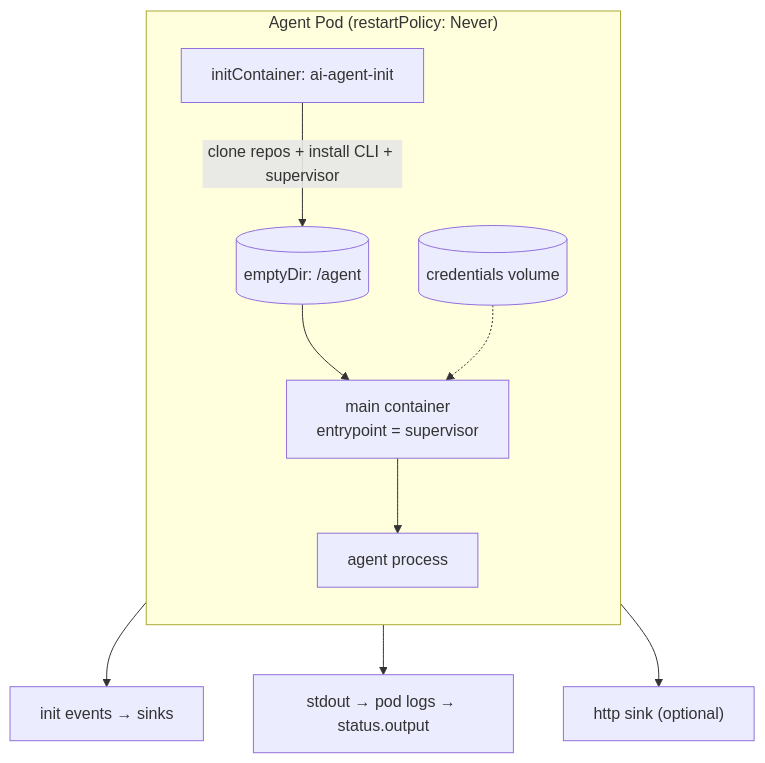
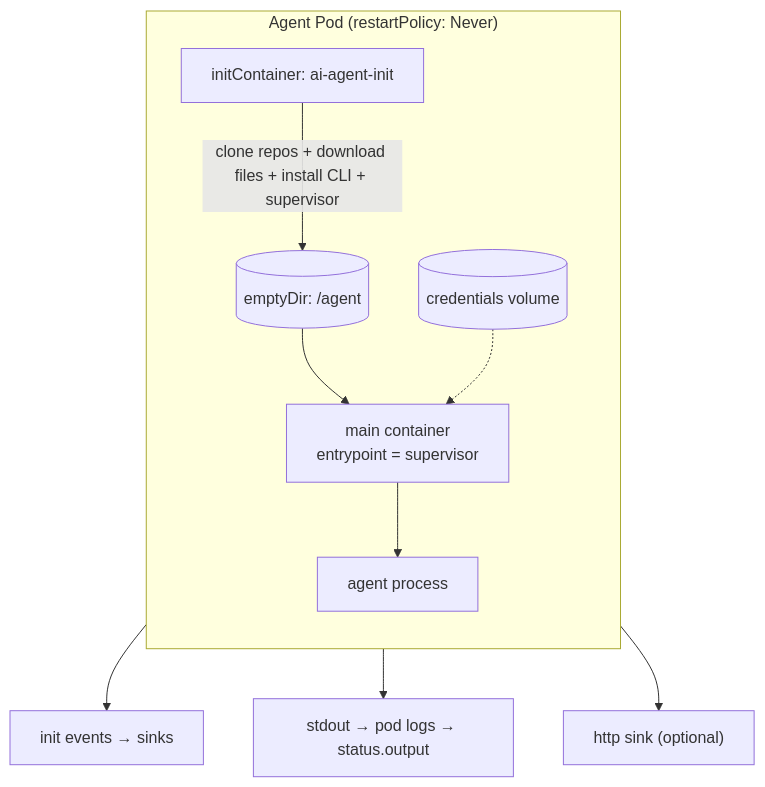
Before and after one commit to re-cinq/ai-agent-subsystem: the diagram in website/src/content/docs/concepts/agent-runtime.md, drawn with Mermaid. The commit also changed other lines of this file and 27 other files, not shown here.

````diff
--- a/website/src/content/docs/concepts/agent-runtime.md
+++ b/website/src/content/docs/concepts/agent-runtime.md
@@ -12,13 +12,13 @@
 ```mermaid
 flowchart TB
     subgraph POD["Agent Pod (restartPolicy: Never)"]
         direction TB
-        INIT["initContainer: ai-agent-init"] -->|"clone repos + install CLI + supervisor"| VOL[("emptyDir: /agent")]
+        INIT["initContainer: ai-agent-init"] -->|"clone repos + download files + install CLI + supervisor"| VOL[("emptyDir: /agent")]
         VOL --> MAIN["main container<br/>entrypoint = supervisor"]
         MAIN --> PROC["agent process"]
         CREDS[("credentials volume")] -.-> MAIN
     end
     INIT --> NOTIFY["init events → sinks"]
     PROC --> STDOUT["stdout → pod logs → status.output"]
     PROC --> HTTP["http sink (optional)"]
 ```
````
